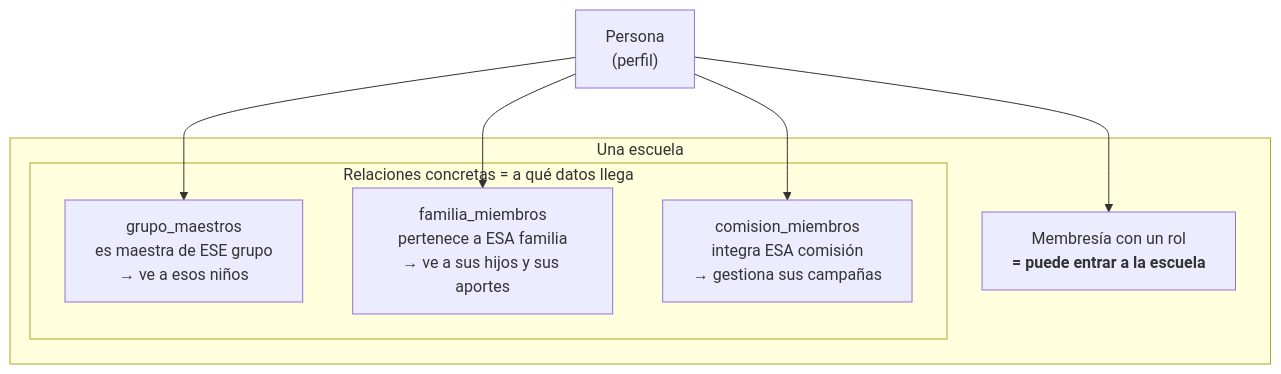
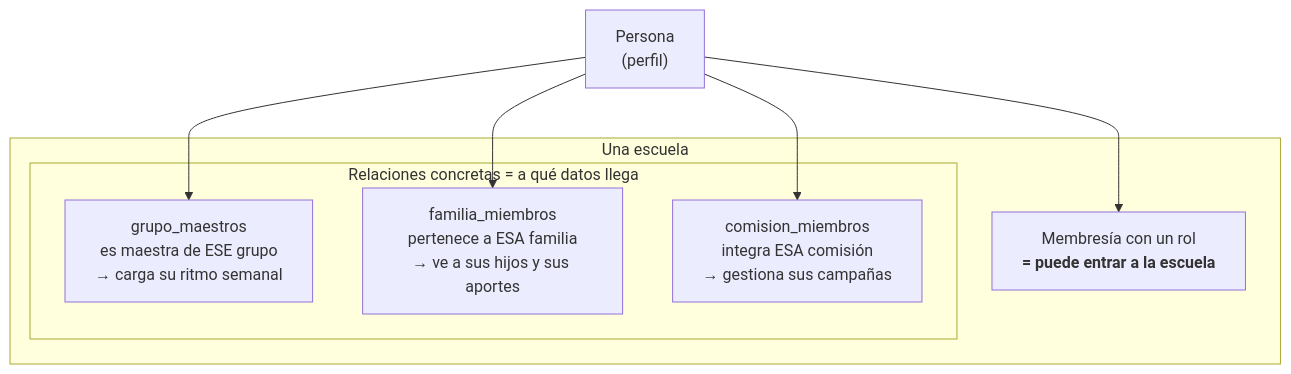
One commit to adolfoperezs/waldorf-app changed the second of 8 diagrams in docs/MAPA.md. Above: the diagram before and after it, drawn with Mermaid. The commit also changed other lines of this file and 94 other files, not shown here.

````diff
--- a/docs/MAPA.md
+++ b/docs/MAPA.md
@@ -65,19 +65,19 @@
 ```mermaid
 flowchart TB
     PER["Persona<br/>(perfil)"]
 
     subgraph ESC["Una escuela"]
         MEM["Membresía con un rol<br/><b>= puede entrar a la escuela</b>"]
 
         subgraph REL["Relaciones concretas = a qué datos llega"]
-            GM["grupo_maestros<br/>es maestra de ESE grupo<br/>→ ve a esos niños"]
+            GM["grupo_maestros<br/>es maestra de ESE grupo<br/>→ carga su ritmo semanal"]
             FM["familia_miembros<br/>pertenece a ESA familia<br/>→ ve a sus hijos y sus aportes"]
             CM["comision_miembros<br/>integra ESA comisión<br/>→ gestiona sus campañas"]
         end
     end
 
     PER --> MEM
     PER --> GM
     PER --> FM
     PER --> CM
 ```
````
